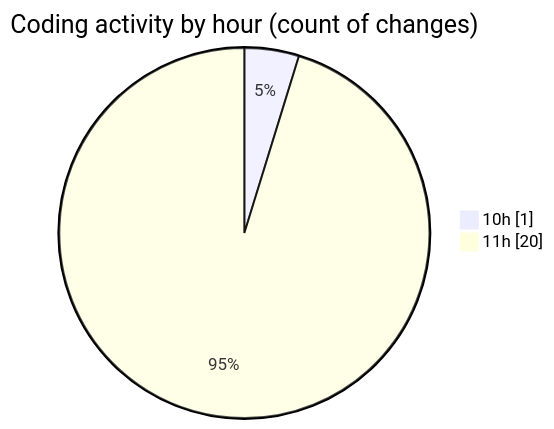
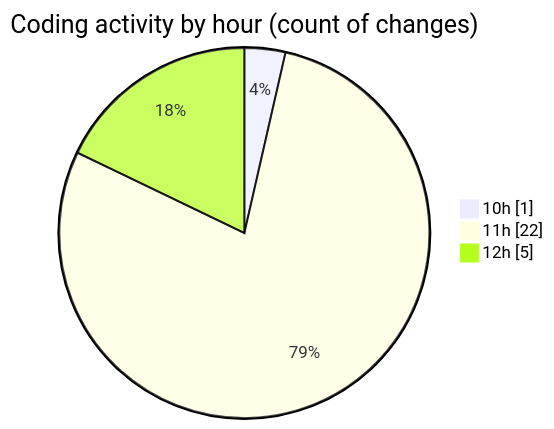
The second of 2 diagrams in 2025-07-27/nxtqube_webapp/README.md (nxtqubesakshisongat/code-tracking), drawn with Mermaid before and after one commit. The commit also changed other lines of this file and 1 other file, not shown here.

````diff
--- a/2025-07-27/nxtqube_webapp/README.md
+++ b/2025-07-27/nxtqube_webapp/README.md
@@ -32,6 +32,7 @@
 ```mermaid
 pie showData
 title Coding activity by hour (count of changes)
 "10h" : 1
-"11h" : 20
+"11h" : 22
+"12h" : 5
 ```
````
